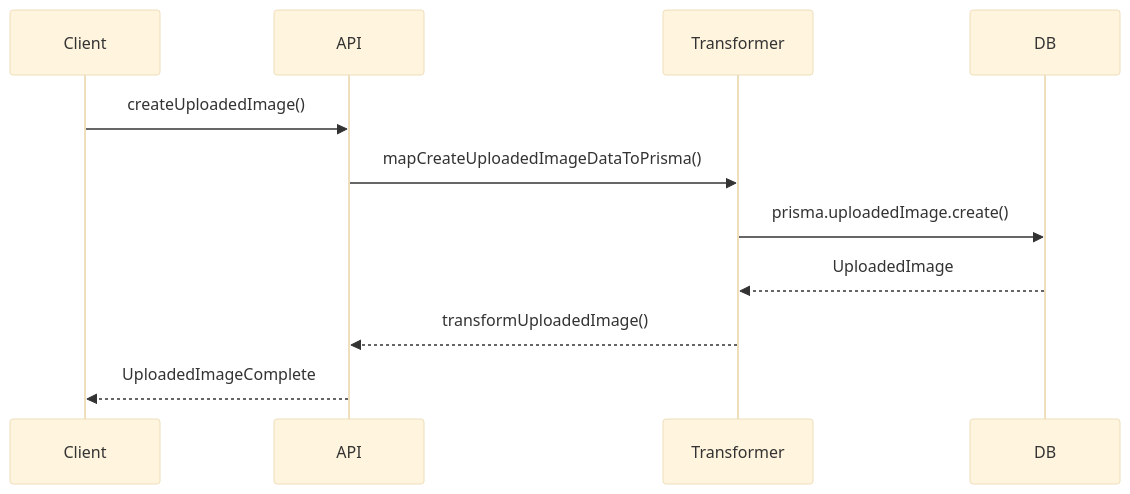
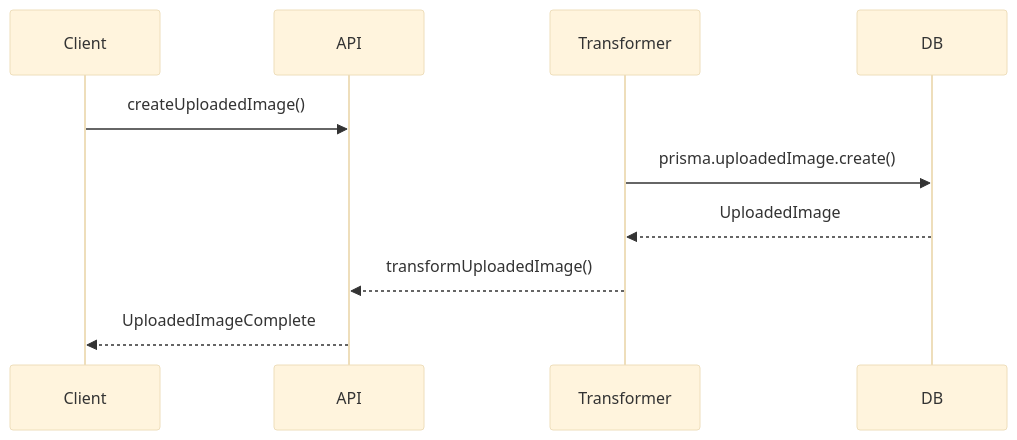
One commit to gvastethecreator/media-manager changed the second of 2 diagrams in src/types/entities/uploaded-image/documentation.md. Above: the diagram before and after it, drawn with Mermaid (base theme). The commit also changed 176 other files, not shown here.

````diff
--- a/src/types/entities/uploaded-image/documentation.md
+++ b/src/types/entities/uploaded-image/documentation.md
@@ -60,13 +60,13 @@
 ```mermaid
 sequenceDiagram
     participant Client
     participant API
     participant Transformer
     participant DB
     Client->>API: createUploadedImage()
-    API->>Transformer: mapCreateUploadedImageDataToPrisma()
+    
     Transformer->>DB: prisma.uploadedImage.create()
     DB-->>Transformer: UploadedImage
     Transformer-->>API: transformUploadedImage()
     API-->>Client: UploadedImageComplete
 ```
````
